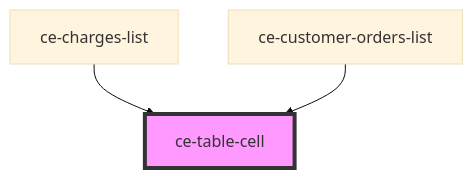
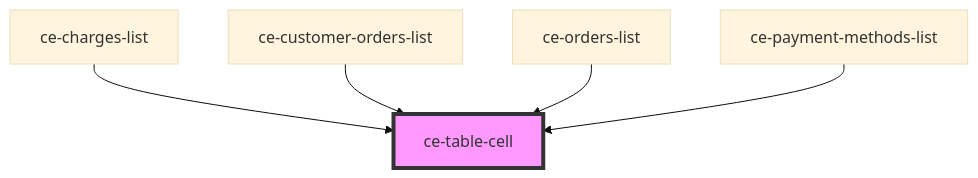
The diagram in packages/components/src/components/ui/table-cell/readme.md (surecart/surecart-wp-plugin), drawn with Mermaid (base theme) before and after one commit. The commit also changed other lines of this file and 162 other files, not shown here.

````diff
--- a/packages/components/src/components/ui/table-cell/readme.md
+++ b/packages/components/src/components/ui/table-cell/readme.md
@@ -16,6 +18,8 @@
 ```mermaid
 graph TD;
   ce-charges-list --> ce-table-cell
   ce-customer-orders-list --> ce-table-cell
+  ce-orders-list --> ce-table-cell
+  ce-payment-methods-list --> ce-table-cell
   style ce-table-cell fill:#f9f,stroke:#333,stroke-width:4px
 ```
````
